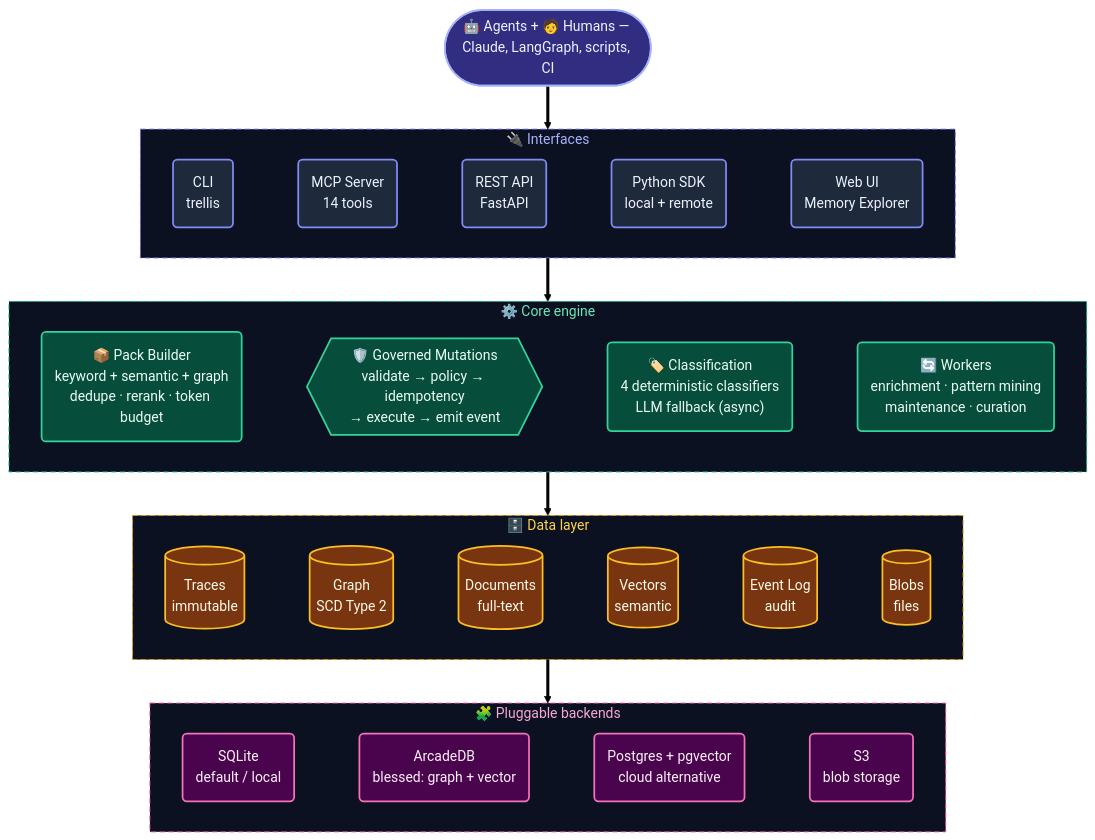
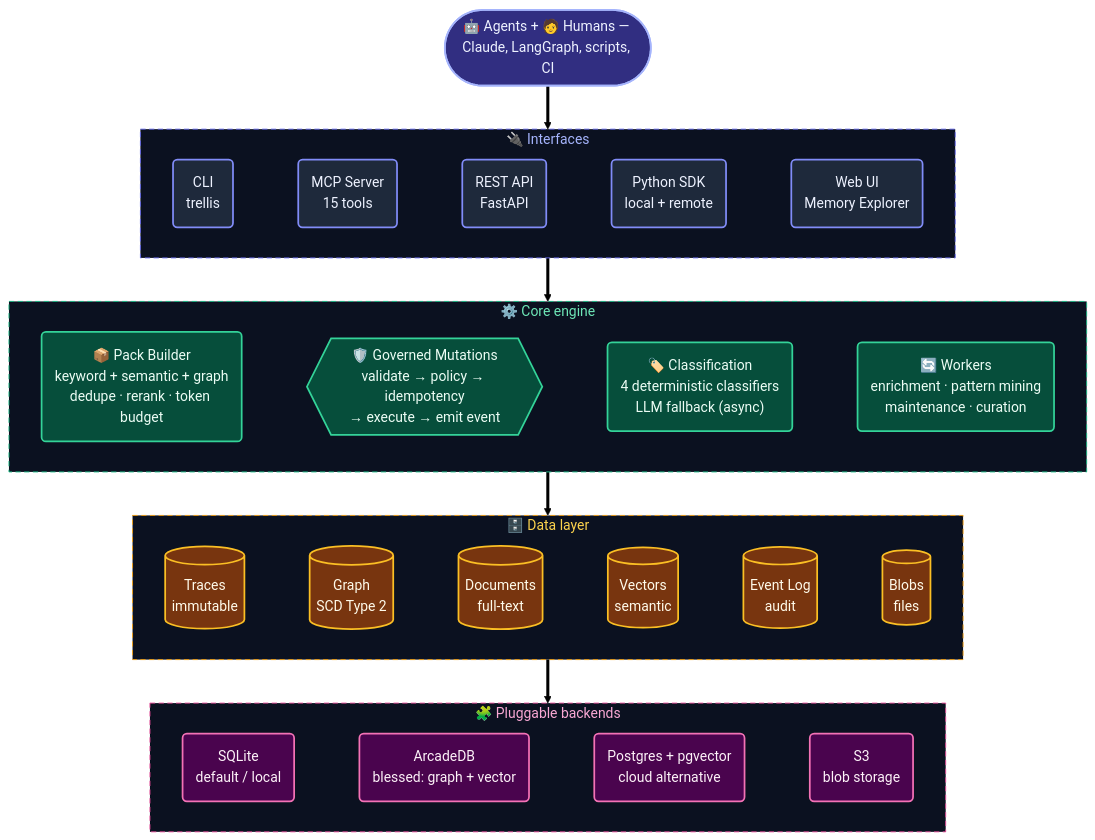
The second of 6 diagrams in README.md (ronsse/trellis-ai), drawn with Mermaid (forest theme) before and after one commit. The commit also changed 13 other files, not shown here.

First line of the commit message:
fix(retrieve): make the file-context reverse lookup survive a real graph (#307)

````diff
--- a/README.md
+++ b/README.md
@@ -106,44 +106,44 @@
 ```mermaid
 flowchart TB
     Users(["🤖 Agents + 🧑 Humans — Claude, LangGraph, scripts, CI"])
 
     subgraph Interfaces["🔌 Interfaces"]
         direction LR
-        CLI("CLI<br/>trellis") ~~~ MCP("MCP Server<br/>14 tools") ~~~ REST("REST API<br/>FastAPI") ~~~ SDK("Python SDK<br/>local + remote") ~~~ UI("Web UI<br/>Memory Explorer")
+        CLI("CLI<br/>trellis") ~~~ MCP("MCP Server<br/>15 tools") ~~~ REST("REST API<br/>FastAPI") ~~~ SDK("Python SDK<br/>local + remote") ~~~ UI("Web UI<br/>Memory Explorer")
     end
 
     subgraph Core["⚙️ Core engine"]
         direction LR
         PB("📦 Pack Builder<br/>keyword + semantic + graph<br/>dedupe · rerank · token budget") ~~~ GP{{"🛡️ Governed Mutations<br/>validate → policy → idempotency<br/>→ execute → emit event"}} ~~~ CL("🏷️ Classification<br/>4 deterministic classifiers<br/>LLM fallback (async)") ~~~ WK("🔄 Workers<br/>enrichment · pattern mining<br/>maintenance · curation")
     end
 
     subgraph Data["🗄️ Data layer"]
         direction LR
         TR[("Traces<br/>immutable")] ~~~ GR[("Graph<br/>SCD Type 2")] ~~~ DO[("Documents<br/>full-text")] ~~~ VE[("Vectors<br/>semantic")] ~~~ EL[("Event Log<br/>audit")] ~~~ BL[("Blobs<br/>files")]
     end
 
     subgraph Backends["🧩 Pluggable backends"]
         direction LR
         SQ("SQLite<br/>default / local") ~~~ AR("ArcadeDB<br/>blessed: graph + vector") ~~~ PG("Postgres + pgvector<br/>cloud alternative") ~~~ S3("S3<br/>blob storage")
     end
 
     Users ==> Interfaces
     Interfaces ==> Core
     Core ==> Data
     Data ==> Backends
 
     classDef iface fill:#1e293b,stroke:#818cf8,stroke-width:2px,color:#eef2ff;
     classDef agent fill:#312e81,stroke:#a5b4fc,stroke-width:2px,color:#eef2ff;
     classDef core fill:#064e3b,stroke:#34d399,stroke-width:2px,color:#ecfdf5;
     classDef data fill:#78350f,stroke:#fbbf24,stroke-width:2px,color:#fffbeb;
     classDef back fill:#4a044e,stroke:#f472b6,stroke-width:2px,color:#fdf2f8;
     class CLI,MCP,REST,SDK,UI iface;
     class Users agent;
     class PB,GP,CL,WK core;
     class TR,GR,DO,VE,EL,BL data;
     class SQ,PG,S3,AR back;
     style Interfaces fill:#0b1120,stroke:#6366f1,stroke-width:1px,stroke-dasharray:6 4,color:#a5b4fc;
     style Core fill:#0b1120,stroke:#10b981,stroke-width:1px,stroke-dasharray:6 4,color:#6ee7b7;
     style Data fill:#0b1120,stroke:#f59e0b,stroke-width:1px,stroke-dasharray:6 4,color:#fcd34d;
     style Backends fill:#0b1120,stroke:#ec4899,stroke-width:1px,stroke-dasharray:6 4,color:#f9a8d4;
 ```
````
